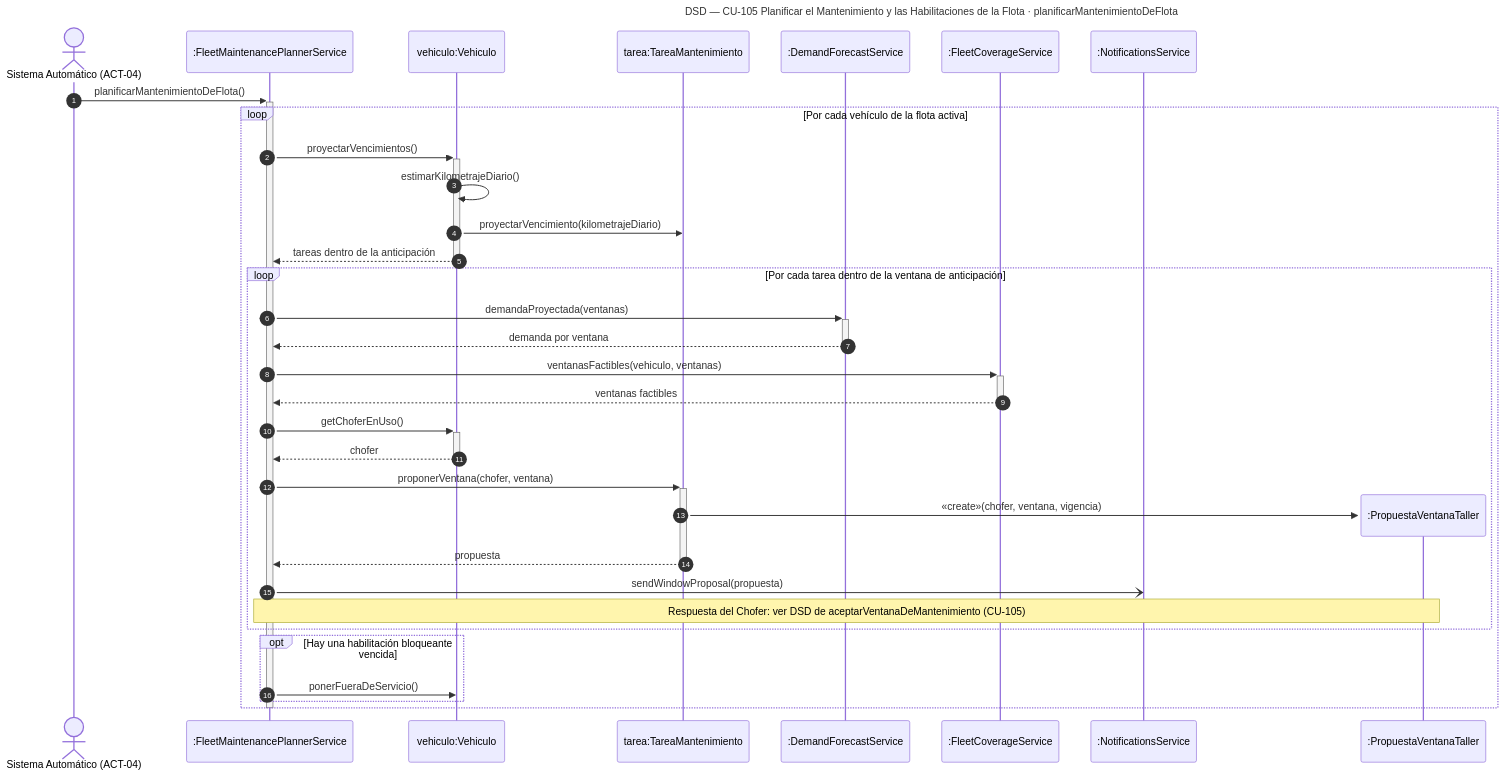
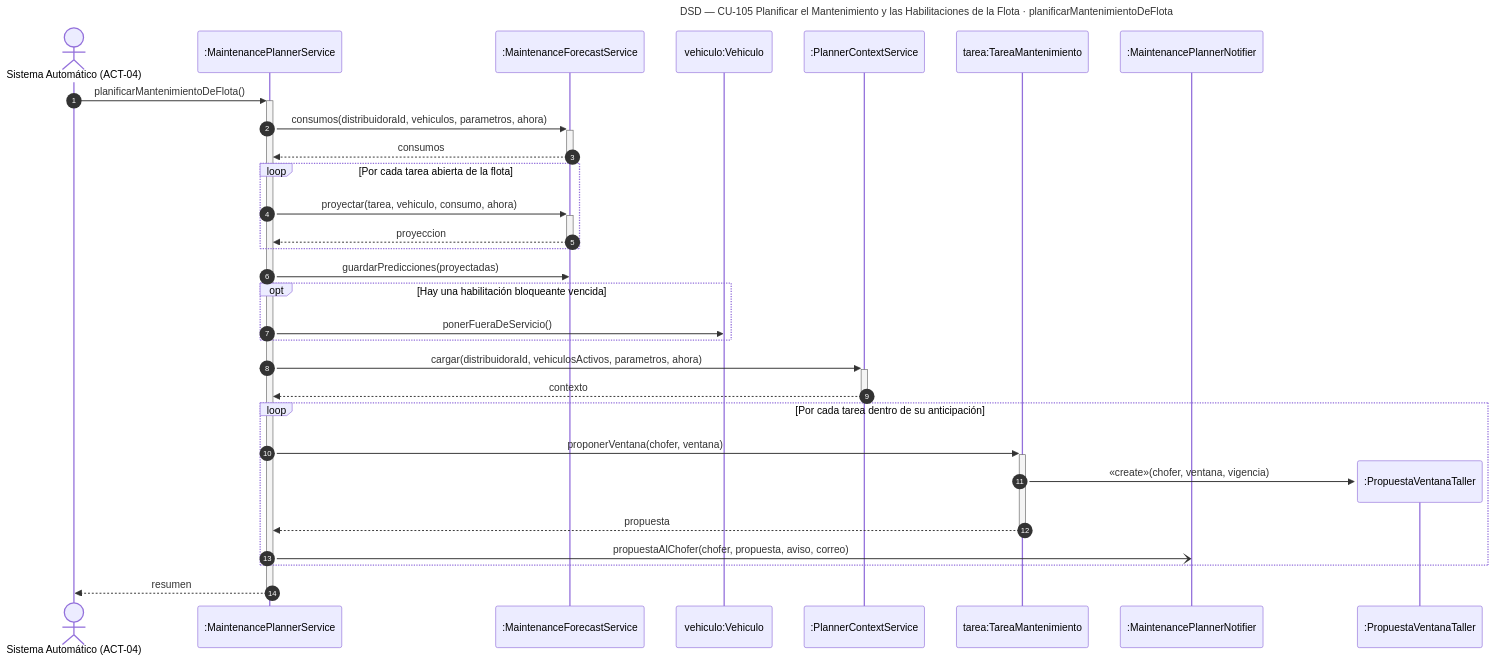
Before and after one commit to Nahuelito-Dev/splg-docs: diagram 17 of 20 in documentos/3-Diseño.md, drawn with Mermaid. The commit also changed other lines of this file and 68 other files, not shown here.

Commit message:
docs(catedra): catálogo de casos de uso al día (328 vigentes, retirados del alcance, M2 a M5 implementados) y los DSD de los módulos inteligentes contra el código real

````diff
--- a/documentos/3-Diseño.md
+++ b/documentos/3-Diseño.md
@@ -1843,38 +1843,34 @@
 ```mermaid
 sequenceDiagram
     title DSD — CU-105 Planificar el Mantenimiento y las Habilitaciones de la Flota · planificarMantenimientoDeFlota
     autonumber
     actor SIS as Sistema Automático (ACT-04)
-    participant PLN as :FleetMaintenancePlannerService
+    participant MPS as :MaintenancePlannerService
+    participant MFS as :MaintenanceForecastService
     participant VEH as vehiculo:Vehiculo
+    participant PCS as :PlannerContextService
     participant TAR as tarea:TareaMantenimiento
-    participant DEM as :DemandForecastService
-    participant COV as :FleetCoverageService
-    participant NOT as :NotificationsService
+    participant MPN as :MaintenancePlannerNotifier
 
-    SIS->>+PLN: planificarMantenimientoDeFlota()
-    loop Por cada vehículo de la flota activa
-        PLN->>+VEH: proyectarVencimientos()
-        VEH->>VEH: estimarKilometrajeDiario()
-        VEH->>TAR: proyectarVencimiento(kilometrajeDiario)
-        VEH-->>-PLN: tareas dentro de la anticipación
-        loop Por cada tarea dentro de la ventana de anticipación
-            PLN->>+DEM: demandaProyectada(ventanas)
-            DEM-->>-PLN: demanda por ventana
-            PLN->>+COV: ventanasFactibles(vehiculo, ventanas)
-            COV-->>-PLN: ventanas factibles
-            PLN->>+VEH: getChoferEnUso()
-            VEH-->>-PLN: chofer
-            PLN->>+TAR: proponerVentana(chofer, ventana)
-            create participant PRP as :PropuestaVentanaTaller
-            TAR->>PRP: «create»(chofer, ventana, vigencia)
-            TAR-->>-PLN: propuesta
-            PLN-)NOT: sendWindowProposal(propuesta)
-            Note over PLN,PRP: Respuesta del Chofer: ver DSD de aceptarVentanaDeMantenimiento (CU-105)
-        end
-        opt Hay una habilitación bloqueante vencida
-            PLN->>VEH: ponerFueraDeServicio()
-        end
+    SIS->>+MPS: planificarMantenimientoDeFlota()
+    MPS->>+MFS: consumos(distribuidoraId, vehiculos, parametros, ahora)
+    MFS-->>-MPS: consumos
+    loop Por cada tarea abierta de la flota
+        MPS->>+MFS: proyectar(tarea, vehiculo, consumo, ahora)
+        MFS-->>-MPS: proyeccion
     end
-    deactivate PLN
+    MPS->>MFS: guardarPredicciones(proyectadas)
+    opt Hay una habilitación bloqueante vencida
+        MPS->>VEH: ponerFueraDeServicio()
+    end
+    MPS->>+PCS: cargar(distribuidoraId, vehiculosActivos, parametros, ahora)
+    PCS-->>-MPS: contexto
+    loop Por cada tarea dentro de su anticipación
+        MPS->>+TAR: proponerVentana(chofer, ventana)
+        create participant PRP as :PropuestaVentanaTaller
+        TAR->>PRP: «create»(chofer, ventana, vigencia)
+        TAR-->>-MPS: propuesta
+        MPS-)MPN: propuestaAlChofer(chofer, propuesta, aviso, correo)
+    end
+    MPS-->>-SIS: resumen
 ```
````
